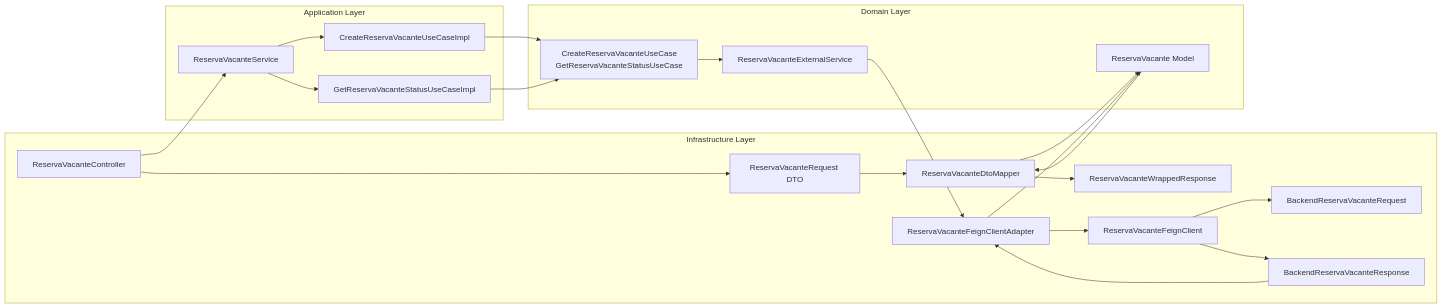
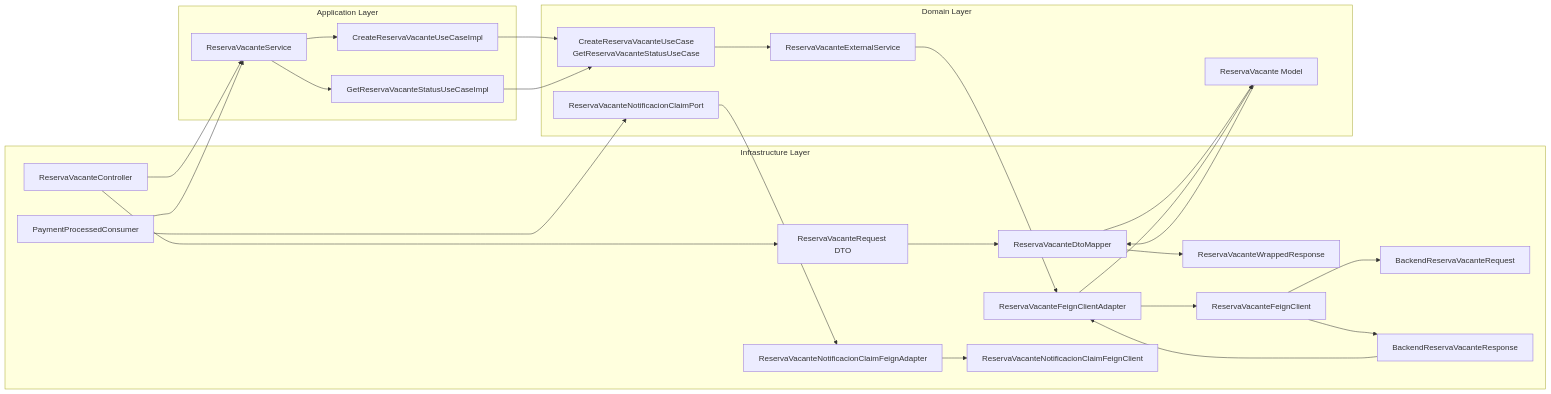
Before and after one commit to UM-services/UM.tesoreria.umhub-service: the diagram in docs/diagrams/flujo-reservavacante.mmd, drawn with Mermaid. The commit also changed 6 other files, not shown here.

````diff
--- a/docs/diagrams/flujo-reservavacante.mmd
+++ b/docs/diagrams/flujo-reservavacante.mmd
@@ -1,43 +1,51 @@
 ```mermaid
 flowchart LR
     subgraph "Infrastructure Layer"
         CTRL[ReservaVacanteController]
         REQ[ReservaVacanteRequest DTO]
         RES[ReservaVacanteWrappedResponse]
         MAP[ReservaVacanteDtoMapper]
         FEIGN[ReservaVacanteFeignClient]
         ADAPT[ReservaVacanteFeignClientAdapter]
         BREQ[BackendReservaVacanteRequest]
         BRES[BackendReservaVacanteResponse]
+        KCON[PaymentProcessedConsumer]
+        CLAIMADAPT[ReservaVacanteNotificacionClaimFeignAdapter]
+        CLAIMFEIGN[ReservaVacanteNotificacionClaimFeignClient]
     end
 
     subgraph "Application Layer"
         SVC[ReservaVacanteService]
         CUC[CreateReservaVacanteUseCaseImpl]
         SUC[GetReservaVacanteStatusUseCaseImpl]
     end
 
     subgraph "Domain Layer"
         MODEL[ReservaVacante Model]
         IN[CreateReservaVacanteUseCase<br/>GetReservaVacanteStatusUseCase]
         OUT[ReservaVacanteExternalService]
+        CLAIMOUT[ReservaVacanteNotificacionClaimPort]
     end
 
     CTRL --> REQ
     REQ --> MAP
     MAP --> MODEL
     CTRL --> SVC
     SVC --> CUC
     SVC --> SUC
     CUC --> IN
     SUC --> IN
     IN --> OUT
     OUT --> ADAPT
     ADAPT --> FEIGN
     FEIGN --> BREQ
     FEIGN --> BRES
     BRES --> ADAPT
     ADAPT --> MODEL
     MODEL --> MAP
     MAP --> RES
+    KCON --> SVC
+    KCON --> CLAIMOUT
+    CLAIMOUT --> CLAIMADAPT
+    CLAIMADAPT --> CLAIMFEIGN
 ```
````
